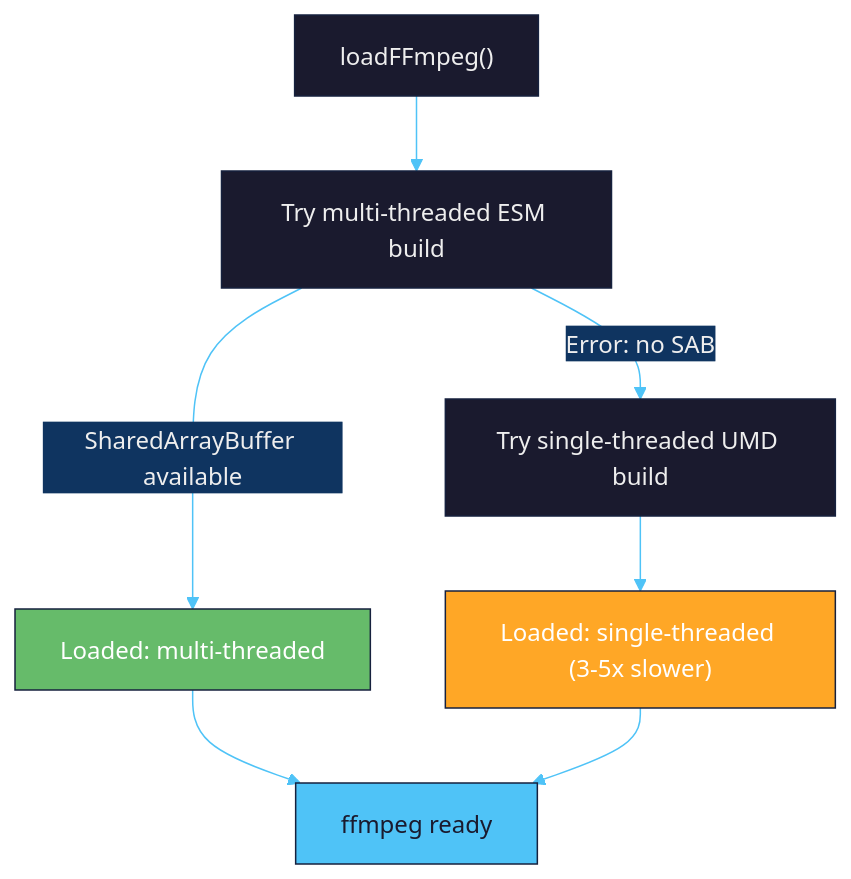
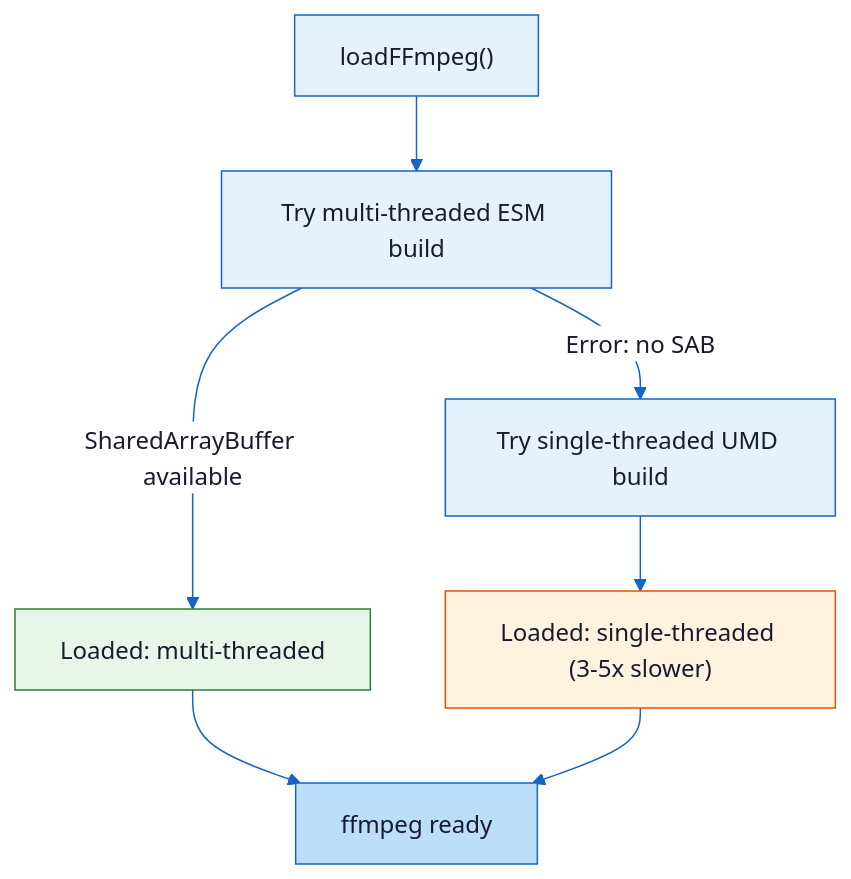
Before and after one commit to gjovanov/audio-waveform: the diagram in docs/diagrams/03-ffmpeg-loading-strategy.mmd, drawn with Mermaid. The commit also changed 13 other files, not shown here.

First line of the commit message:
Re-render diagrams with light/neutral theme for Medium compatibility

```diff
--- a/docs/diagrams/03-ffmpeg-loading-strategy.mmd
+++ b/docs/diagrams/03-ffmpeg-loading-strategy.mmd
@@ -1,13 +1,13 @@
-%%{init: {'theme': 'base', 'themeVariables': {'primaryColor': '#1a1a2e', 'primaryTextColor': '#eee', 'primaryBorderColor': '#16213e', 'lineColor': '#4fc3f7', 'secondaryColor': '#0f3460'}}}%%
+%%{init: {'theme': 'base', 'themeVariables': {'primaryColor': '#e3f2fd', 'primaryTextColor': '#1a1a2e', 'primaryBorderColor': '#1565c0', 'lineColor': '#1565c0', 'secondaryColor': '#fff3e0', 'tertiaryColor': '#e8f5e9', 'background': '#ffffff', 'nodeBorder': '#1565c0', 'edgeLabelBackground': '#ffffff'}}}%%
 flowchart TD
     START["loadFFmpeg()"] --> TRY_MT["Try multi-threaded ESM build"]
     TRY_MT -->|"SharedArrayBuffer available"| MT_OK["Loaded: multi-threaded"]
     TRY_MT -->|"Error: no SAB"| FALLBACK["Try single-threaded UMD build"]
     FALLBACK --> ST_OK["Loaded: single-threaded (3-5x slower)"]
 
     MT_OK --> READY["ffmpeg ready"]
     ST_OK --> READY
 
-    style MT_OK fill:#66bb6a,color:#fff
-    style ST_OK fill:#ffa726,color:#fff
-    style READY fill:#4fc3f7,color:#1a1a2e
+    style MT_OK fill:#e8f5e9,stroke:#2e7d32,color:#1a1a2e
+    style ST_OK fill:#fff3e0,stroke:#e65100,color:#1a1a2e
+    style READY fill:#bbdefb,stroke:#1565c0,color:#1a1a2e
```
